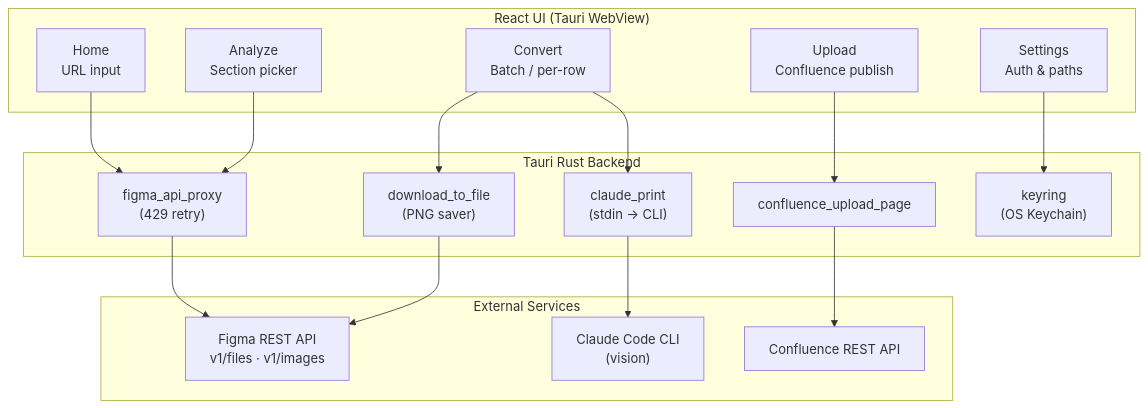
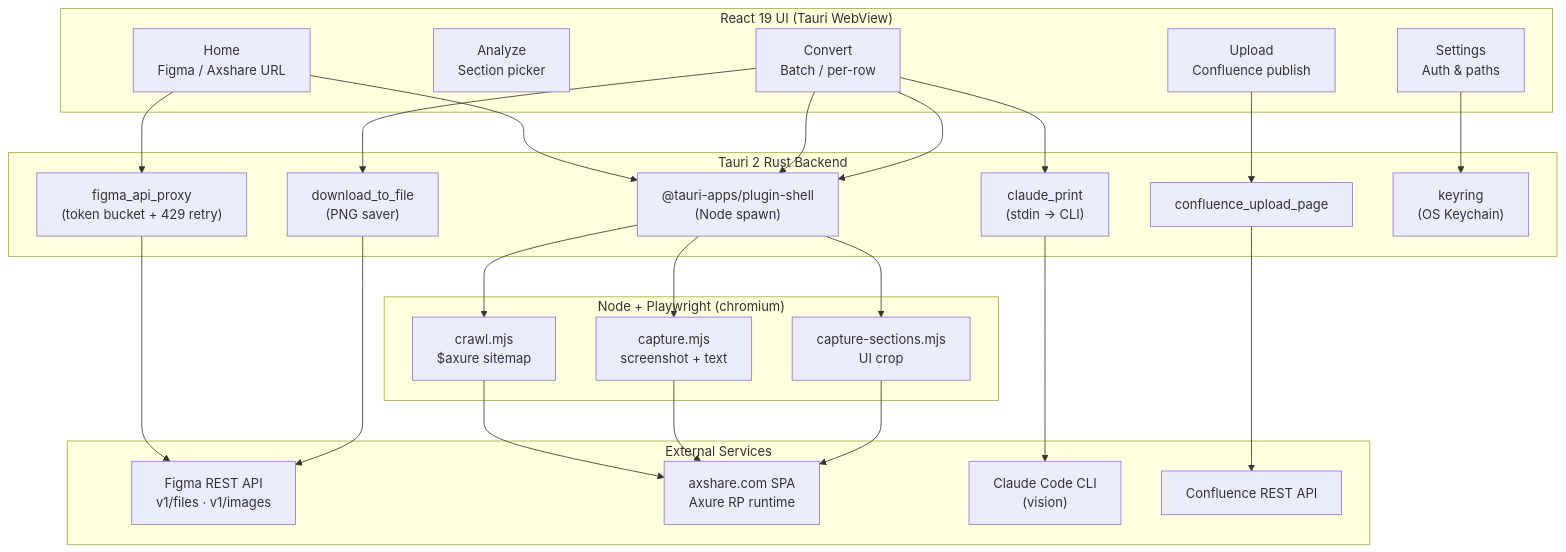
Before and after one commit to leonardo204/Portfolio: the first of 2 diagrams in projects/flipbook-maker/README_EN.md, drawn with Mermaid. The commit also changed other lines of this file and 3 other files, not shown here.

First line of the commit message:
[Docs] Refine FlipMD project page with Axshare and Playwright details

````diff
--- a/projects/flipbook-maker/README_EN.md
+++ b/projects/flipbook-maker/README_EN.md
@@ -73,31 +96,41 @@
 ```mermaid
 graph TD
-    subgraph UI["React UI (Tauri WebView)"]
-        Home[Home<br/>URL input]
+    subgraph UI["React 19 UI (Tauri WebView)"]
+        Home[Home<br/>Figma / Axshare URL]
         Analyze[Analyze<br/>Section picker]
         Convert[Convert<br/>Batch / per-row]
         Upload[Upload<br/>Confluence publish]
         Settings[Settings<br/>Auth & paths]
     end
 
-    subgraph Tauri["Tauri Rust Backend"]
-        FProxy["figma_api_proxy<br/>(429 retry)"]
+    subgraph Tauri["Tauri 2 Rust Backend"]
+        FProxy["figma_api_proxy<br/>(token bucket + 429 retry)"]
         DLFile["download_to_file<br/>(PNG saver)"]
         Claude["claude_print<br/>(stdin → CLI)"]
         ConfUp["confluence_upload_page"]
+        Shell["@tauri-apps/plugin-shell<br/>(Node spawn)"]
         Keyring["keyring<br/>(OS Keychain)"]
+    end
+
+    subgraph PWNode["Node + Playwright (chromium)"]
+        Crawl["crawl.mjs<br/>$axure sitemap"]
+        Capture["capture.mjs<br/>screenshot + text"]
+        CapSec["capture-sections.mjs<br/>UI crop"]
     end
 
     subgraph External["External Services"]
         Figma["Figma REST API<br/>v1/files · v1/images"]
+        Axshare["axshare.com SPA<br/>Axure RP runtime"]
         ClaudeCLI["Claude Code CLI<br/>(vision)"]
         Conf["Confluence REST API"]
     end
 
     Home --> FProxy --> Figma
-    Analyze --> FProxy
+    Home --> Shell --> Crawl --> Axshare
     Convert --> DLFile --> Figma
+    Convert --> Shell --> Capture --> Axshare
+    Convert --> Shell --> CapSec --> Axshare
     Convert --> Claude --> ClaudeCLI
     Upload --> ConfUp --> Conf
     Settings --> Keyring
 ```
````
